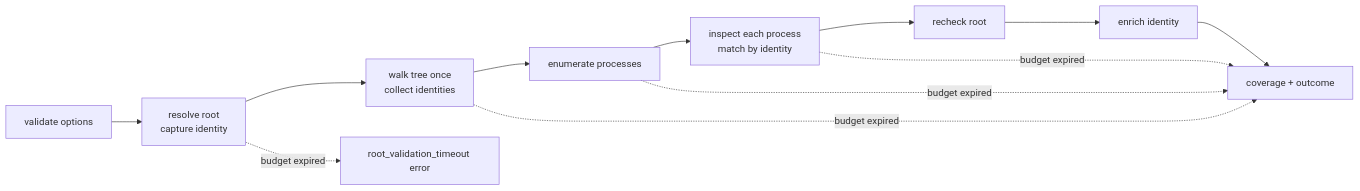
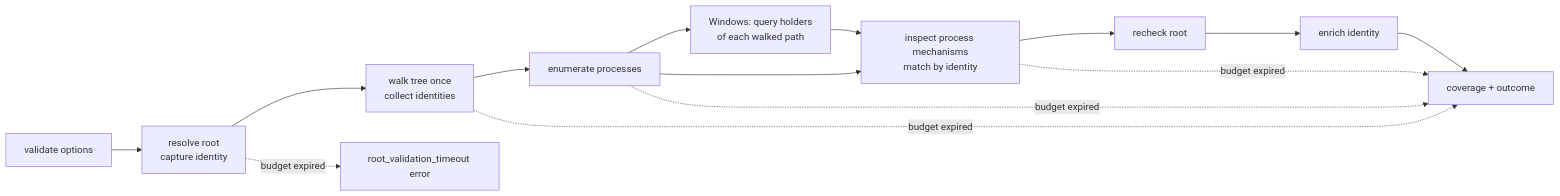
The first of 2 diagrams in sniff/docs/topics/filesystem-query.md (yankeeinlondon/rusty-biscuit), drawn with Mermaid before and after one commit. The commit also changed other lines of this file and 5 other files, not shown here.

````diff
--- a/sniff/docs/topics/filesystem-query.md
+++ b/sniff/docs/topics/filesystem-query.md
@@ -35,14 +31,16 @@
 ```mermaid
 flowchart LR
     A[validate options] --> B[resolve root<br/>capture identity]
     B --> C[walk tree once<br/>collect identities]
     C --> D[enumerate processes]
-    D --> E[inspect each process<br/>match by identity]
+    D --> P[Windows: query holders<br/>of each walked path]
+    P --> E[inspect process mechanisms<br/>match by identity]
+    D --> E
     E --> F[recheck root]
     F --> G[enrich identity]
     G --> H[coverage + outcome]
     B -. budget expired .-> X[root_validation_timeout error]
     C -. budget expired .-> H
     D -. budget expired .-> H
     E -. budget expired .-> H
 ```
````
